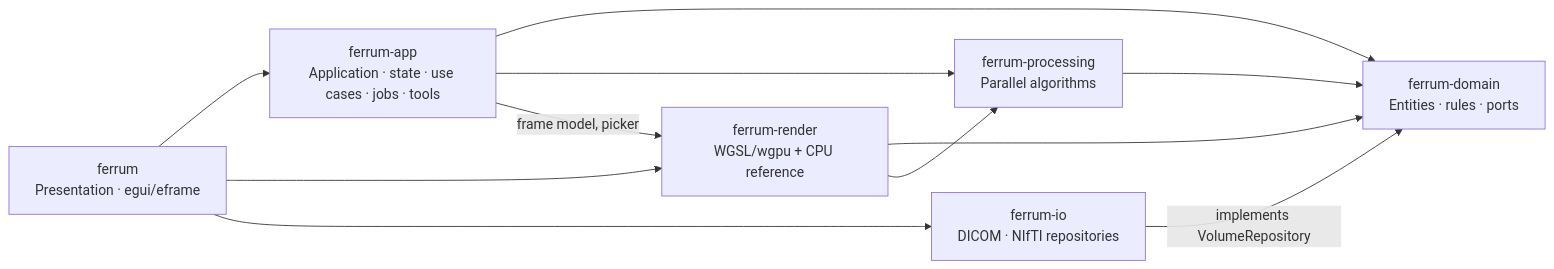
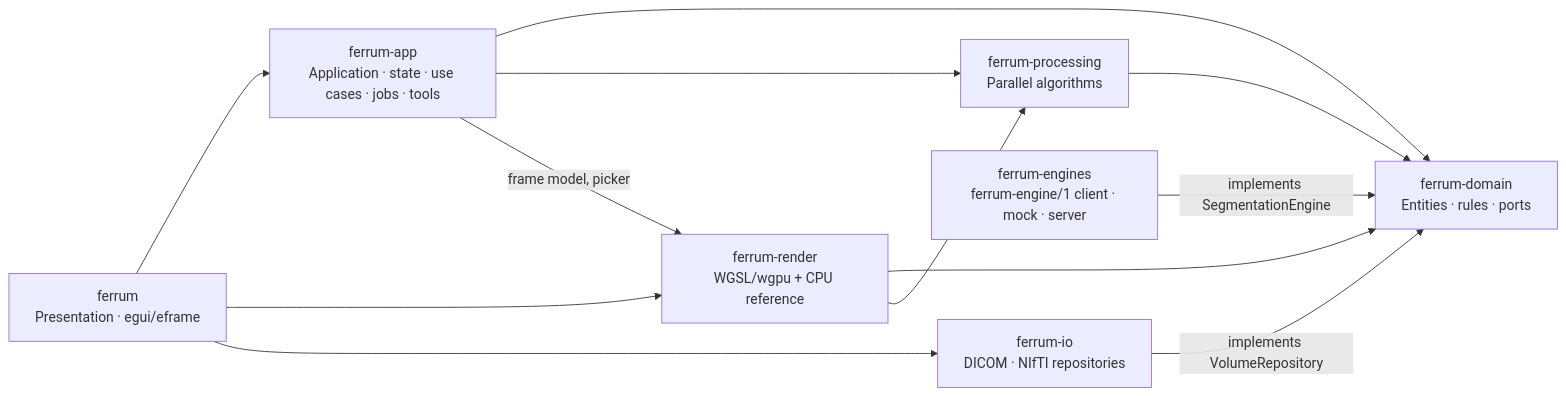
One commit to Kauter1989/ferrum changed the first of 2 diagrams in docs/architecture.md. Above: the diagram before and after it, drawn with Mermaid. The commit also changed other lines of this file and 16 other files, not shown here.

First line of the commit message:
feat(engines): engine port, ferrum-engine/1 client, mock engine and reference server

````diff
--- a/docs/architecture.md
+++ b/docs/architecture.md
@@ -11,20 +11,22 @@
 ```mermaid
 flowchart LR
     V["ferrum<br/>Presentation · egui/eframe"]
     A["ferrum-app<br/>Application · state · use cases · jobs · tools"]
     D["ferrum-domain<br/>Entities · rules · ports"]
     P["ferrum-processing<br/>Parallel algorithms"]
     R["ferrum-render<br/>WGSL/wgpu + CPU reference"]
     IO["ferrum-io<br/>DICOM · NIfTI repositories"]
+    EN["ferrum-engines<br/>ferrum-engine/1 client · mock · server"]
 
     V --> A
     V --> R
     V --> IO
     A --> D
     A --> P
     A -->|"frame model, picker"| R
     R --> D
     R --> P
     P --> D
     IO -->|"implements VolumeRepository"| D
+    EN -->|"implements SegmentationEngine"| D
 ```
````
